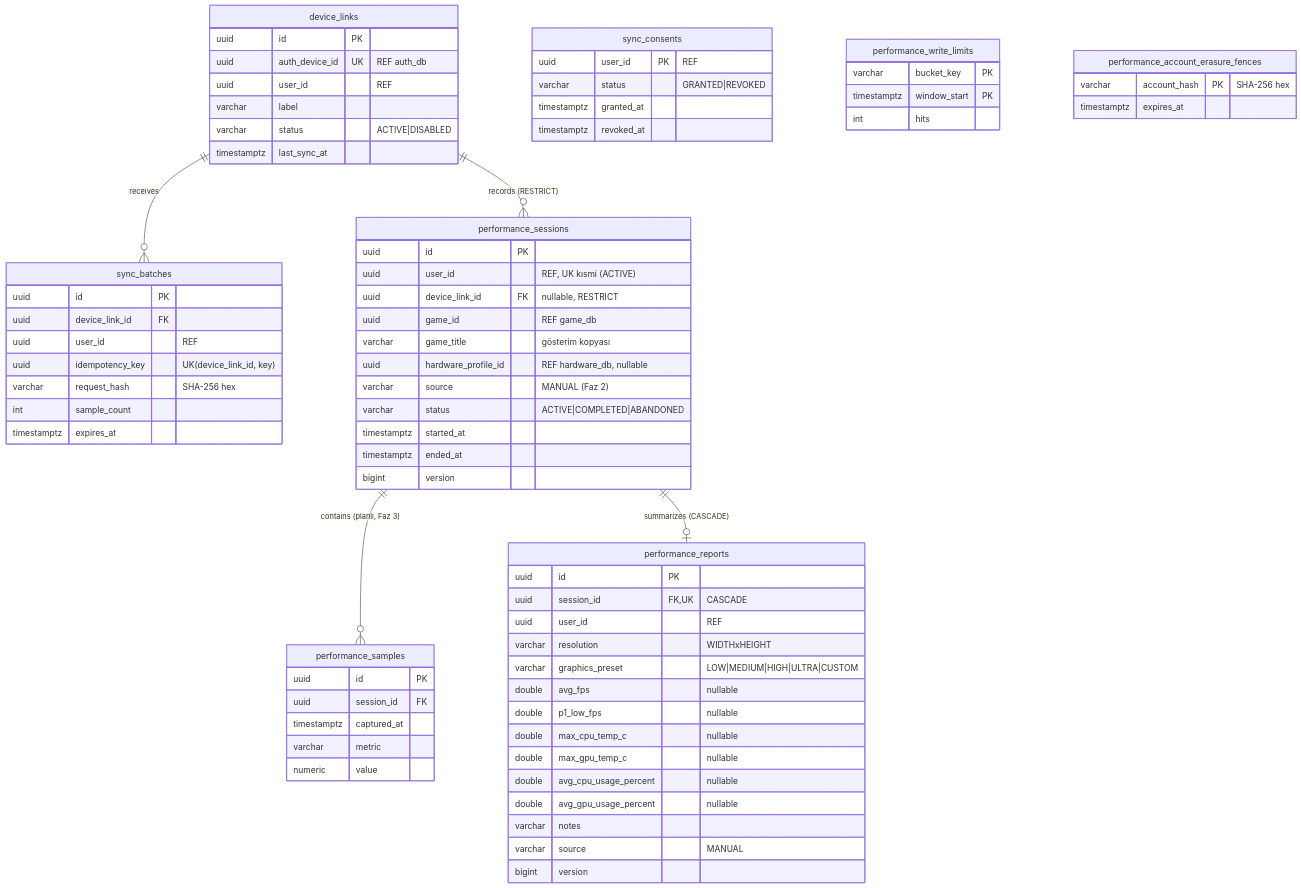
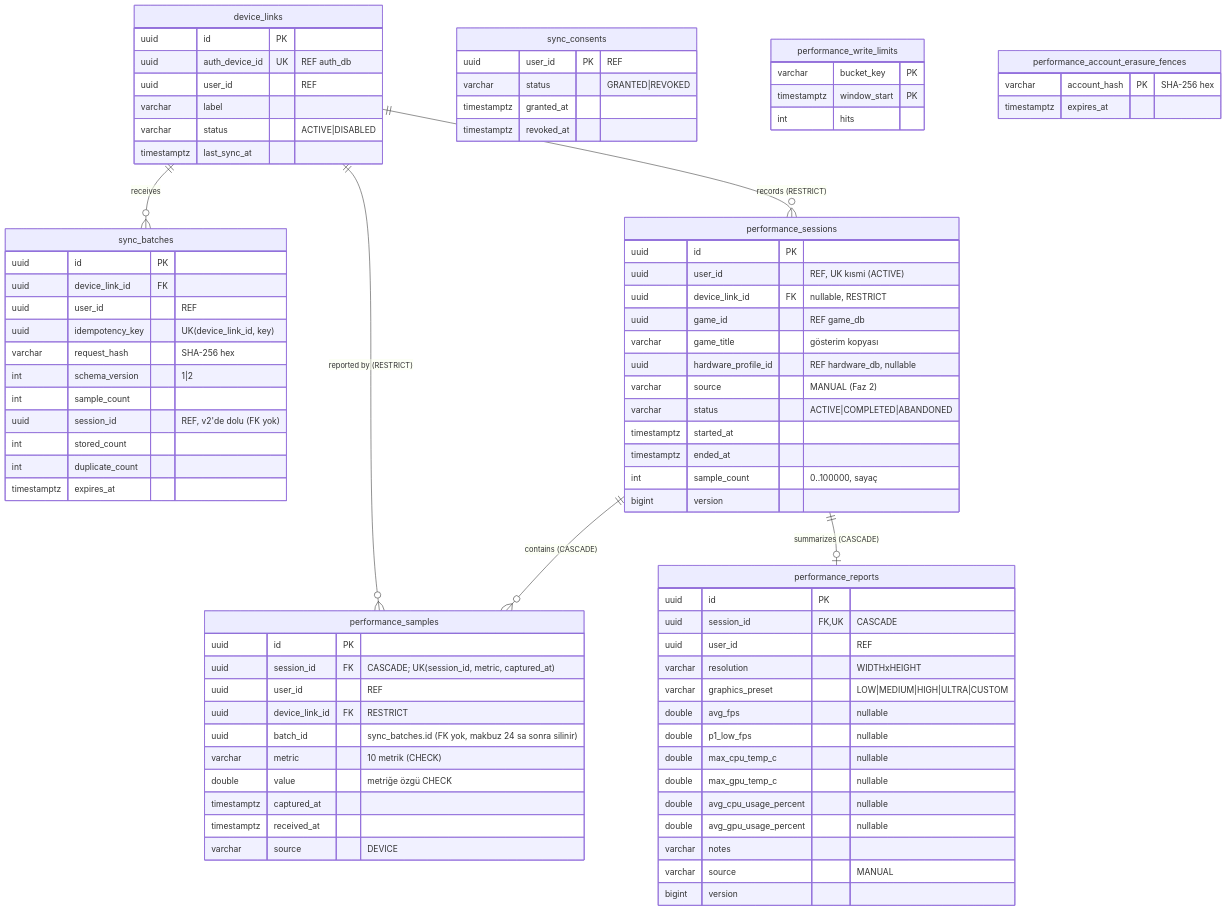
Before and after one commit to alperrte/lobbytwozero: diagram 27 of 29 in docs/er-diagram.md, drawn with Mermaid. The commit also changed other lines of this file and 35 other files, not shown here.

```diff
--- a/docs/er-diagram.md
+++ b/docs/er-diagram.md
@@ -1224,7 +1224,8 @@
 erDiagram
   device_links ||--o{ sync_batches : receives
   device_links ||--o{ performance_sessions : "records (RESTRICT)"
-  performance_sessions ||--o{ performance_samples : "contains (planlı, Faz 3)"
+  performance_sessions ||--o{ performance_samples : "contains (CASCADE)"
+  device_links ||--o{ performance_samples : "reported by (RESTRICT)"
   performance_sessions ||--o| performance_reports : "summarizes (CASCADE)"
 
   sync_consents {
@@ -1247,7 +1248,11 @@
     uuid user_id "REF"
     uuid idempotency_key "UK(device_link_id, key)"
     varchar request_hash "SHA-256 hex"
+    int schema_version "1|2"
     int sample_count
+    uuid session_id "REF, v2'de dolu (FK yok)"
+    int stored_count
+    int duplicate_count
     timestamptz expires_at
   }
   performance_write_limits {
@@ -1270,14 +1275,20 @@
     varchar status "ACTIVE|COMPLETED|ABANDONED"
     timestamptz started_at
     timestamptz ended_at
+    int sample_count "0..100000, sayaç"
     bigint version
   }
   performance_samples {
     uuid id PK
-    uuid session_id FK
+    uuid session_id FK "CASCADE; UK(session_id, metric, captured_at)"
+    uuid user_id "REF"
+    uuid device_link_id FK "RESTRICT"
+    uuid batch_id "sync_batches.id (FK yok, makbuz 24 sa sonra silinir)"
+    varchar metric "10 metrik (CHECK)"
+    double value "metriğe özgü CHECK"
     timestamptz captured_at
-    varchar metric
-    numeric value
+    timestamptz received_at
+    varchar source "DEVICE"
   }
   performance_reports {
     uuid id PK
```
